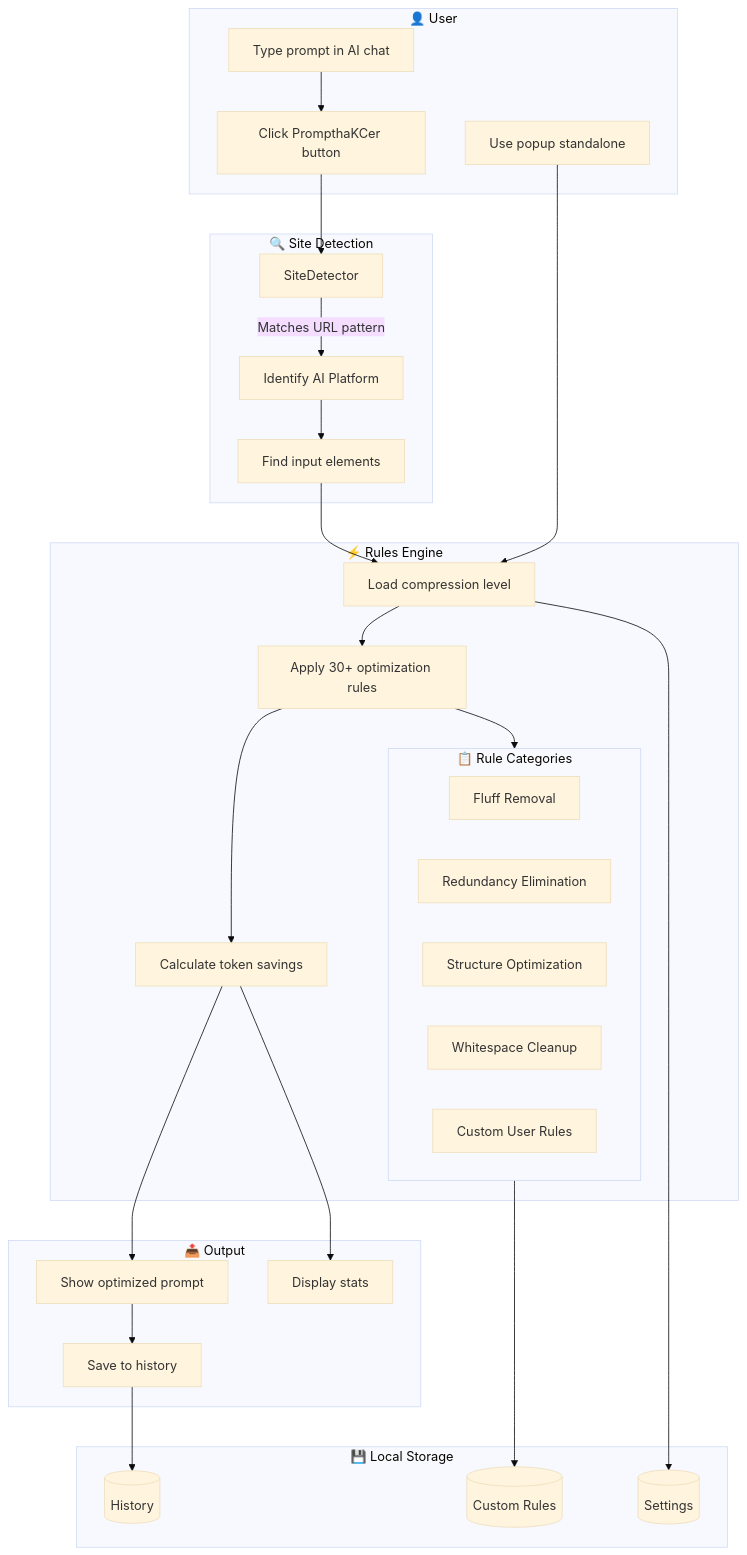
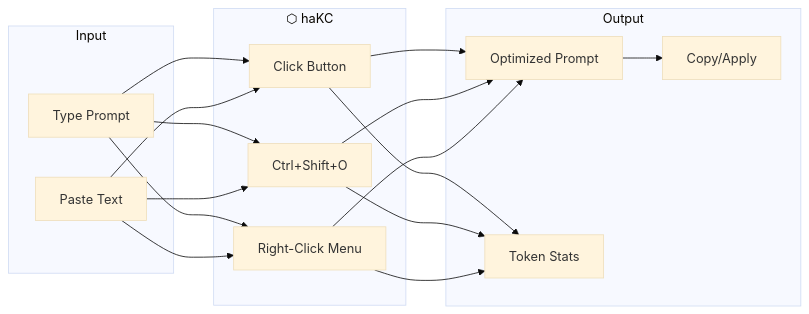
Before and after one commit to haKC-ai/prompthakcer: the second of 5 diagrams in README.md, drawn with Mermaid (base theme). The commit also changed other lines of this file and 16 other files, not shown here.

````diff
--- a/README.md
+++ b/README.md
@@ -200,55 +182,24 @@
 ```mermaid
-flowchart TB
-    subgraph User["👤 User"]
-        A[Type prompt in AI chat]
-        B[Click PrompthaKCer button]
-        C[Use popup standalone]
+flowchart LR
+    subgraph Input["Input"]
+        A[Type Prompt]
+        B[Paste Text]
     end
 
-    subgraph Detection["🔍 Site Detection"]
-        D[SiteDetector]
-        D --> |Matches URL pattern| E[Identify AI Platform]
-        E --> F[Find input elements]
+    subgraph Action["⬡ haKC"]
+        C[Click Button]
+        D[Ctrl+Shift+O]
+        E[Right-Click Menu]
     end
 
-    subgraph Engine["⚡ Rules Engine"]
-        G[Load compression level]
-        H[Apply 30+ optimization rules]
-        I[Calculate token savings]
-
-        G --> H --> I
-
-        subgraph Rules["📋 Rule Categories"]
-            R1[Fluff Removal]
-            R2[Redundancy Elimination]
-            R3[Structure Optimization]
-            R4[Whitespace Cleanup]
-            R5[Custom User Rules]
-        end
-
-        H --> Rules
+    subgraph Output["Output"]
+        F[Optimized Prompt]
+        G[Token Stats]
+        H[Copy/Apply]
     end
 
-    subgraph Output["📤 Output"]
-        J[Show optimized prompt]
-        K[Display stats]
-        L[Save to history]
-    end
-
-    A --> B --> D
-    C --> G
-    F --> G
-    I --> J
-    I --> K
-    J --> L
-
-    subgraph Storage["💾 Local Storage"]
-        M[(History)]
-        N[(Settings)]
-        O[(Custom Rules)]
-    end
-
-    L --> M
-    G --> N
-    Rules --> O
+    A --> C & D & E
+    B --> C & D & E
+    C & D & E --> F & G
+    F --> H
 ```
````
